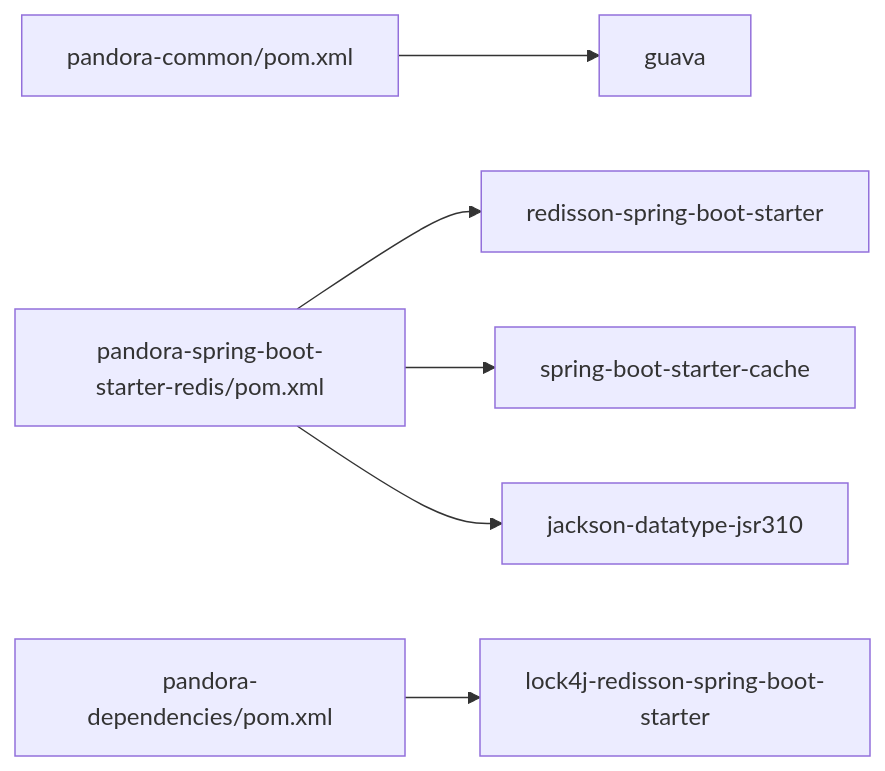
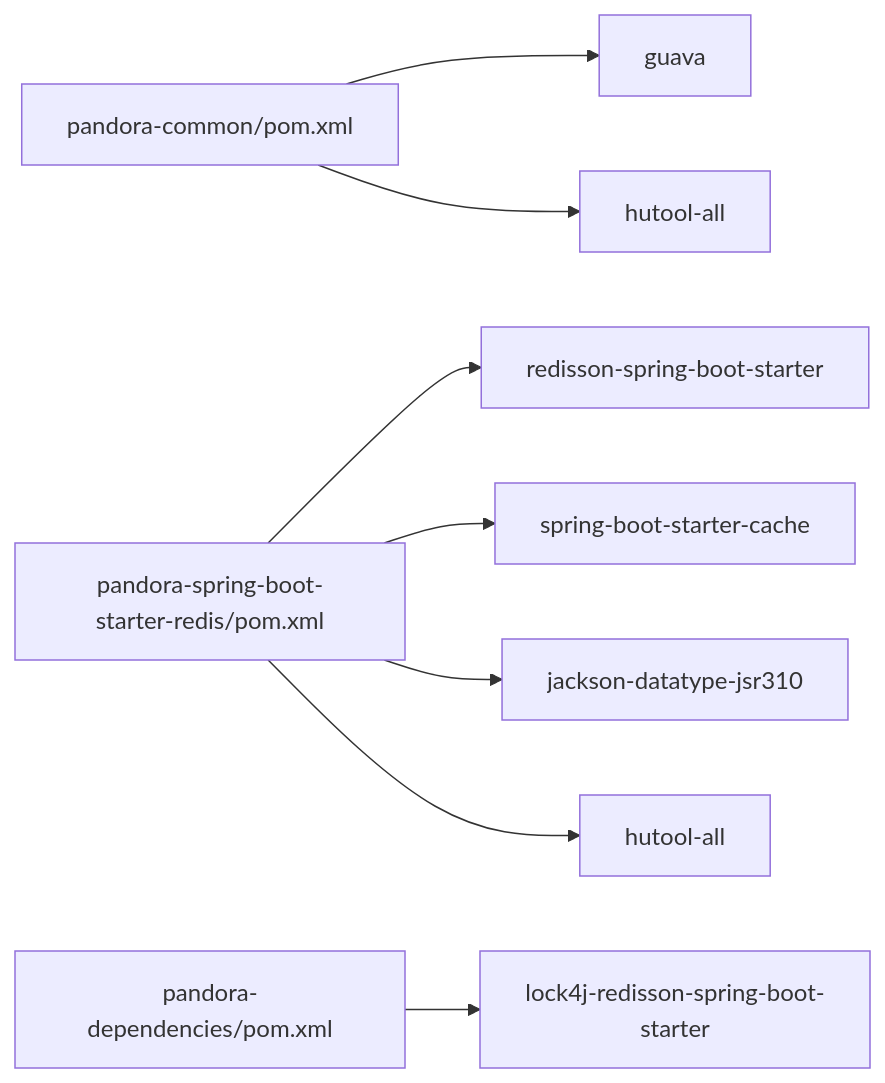
Before and after one commit to guanglei93/pandora-cloud: the seventh of 7 diagrams in .qoder/repowiki/zh/content/核心模块/工具类库/缓存工具类.md, drawn with Mermaid. The commit also changed other lines of this file and 1 other file, not shown here.

````diff
--- a/.qoder/repowiki/zh/content/核心模块/工具类库/缓存工具类.md
+++ b/.qoder/repowiki/zh/content/核心模块/工具类库/缓存工具类.md
@@ -186,8 +271,10 @@
 ```mermaid
 graph LR
 COMMON_POM["pandora-common/pom.xml"] --> GUAVA["guava"]
+COMMON_POM --> HUTOOL["hutool-all"]
 REDIS_POM["pandora-spring-boot-starter-redis/pom.xml"] --> REDISSON["redisson-spring-boot-starter"]
 REDIS_POM --> SPRING_CACHE["spring-boot-starter-cache"]
 REDIS_POM --> JACKSON_JSRT310["jackson-datatype-jsr310"]
+REDIS_POM --> HUTOOL_ALL["hutool-all"]
 DEPS_POM["pandora-dependencies/pom.xml"] --> LOCK4J["lock4j-redisson-spring-boot-starter"]
 ```
````
